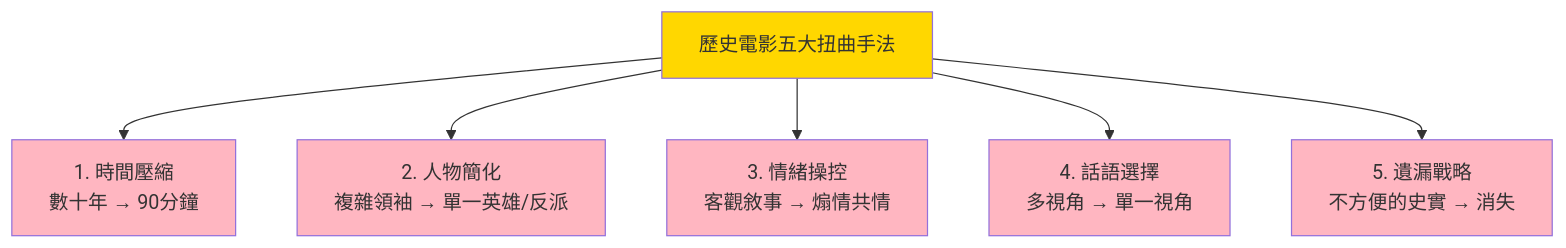
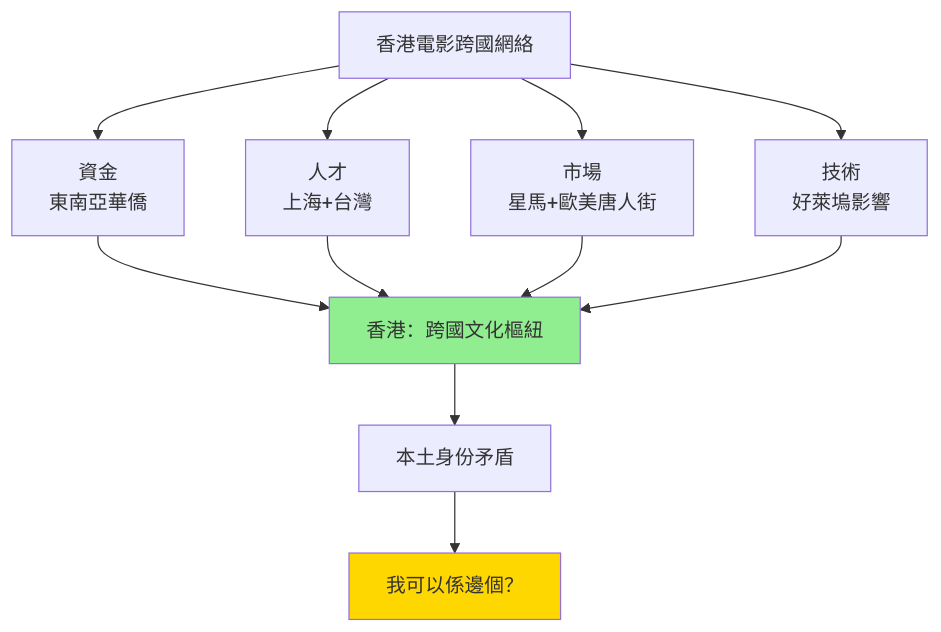
Before and after one commit to yip-lgtm/HKU-Harvard-History-Self-Study: the fourth of 10 diagrams in 01_HKU_Courses/HIST2031_History_through_Film.md, drawn with Mermaid. The commit also changed other lines of this file and 25 other files, not shown here.

````diff
--- a/01_HKU_Courses/HIST2031_History_through_Film.md
+++ b/01_HKU_Courses/HIST2031_History_through_Film.md
@@ -200,14 +218,15 @@
 ```mermaid
 graph TD
-    A["歷史電影五大扭曲手法"] --> B["1. 時間壓縮<br/>數十年 → 90分鐘"]
-    A --> C["2. 人物簡化<br/>複雜領袖 → 單一英雄/反派"]
-    A --> D["3. 情緒操控<br/>客觀敘事 → 煽情共情"]
-    A --> E["4. 話語選擇<br/>多視角 → 單一視角"]
-    A --> F["5. 遺漏戰略<br/>不方便的史實 → 消失"]
-    style A fill:#FFD700
-    style B fill:#FFB6C1
-    style C fill:#FFB6C1
-    style D fill:#FFB6C1
-    style E fill:#FFB6C1
-    style F fill:#FFB6C1
+    A["香港電影跨國網絡"] --> B["資金<br/>東南亞華僑"]
+    A --> C["人才<br/>上海+台灣"]
+    A --> D["市場<br/>星馬+歐美唐人街"]
+    A --> E["技術<br/>好萊塢影響"]
+    B --> F["香港：跨國文化樞紐"]
+    C --> F
+    D --> F
+    E --> F
+    F --> G["本土身份矛盾"]
+    G --> H["我可以係邊個？"]
+    style F fill:#90EE90
+    style H fill:#FFD700
 ```
````
